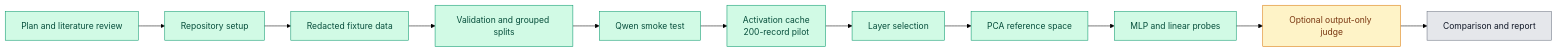
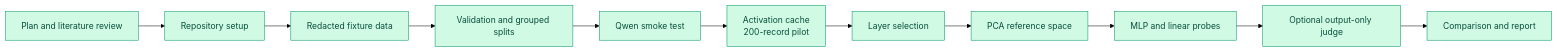
Before and after one commit to Shravani018/escalation-probes: the diagram in README.md, drawn with Mermaid (forest theme). The commit also changed other lines of this file and 21 other files, not shown here.

````diff
--- a/README.md
+++ b/README.md
@@ -11,19 +11,17 @@
 ```mermaid
 flowchart LR
     A[Plan and literature review] --> B[Repository setup]
     B --> C[Redacted fixture data]
     C --> D[Validation and grouped splits]
     D --> E[Qwen smoke test]
     E -->     F[Activation cache<br/>200-record pilot] --> G[Layer selection]
     G --> H[PCA reference space]
-    H --> I[MLP and linear probes]
+    H -->     I[MLP and linear probes]
     I --> J[Optional output-only judge]
     J --> K[Comparison and report]
 
     classDef done fill:#d1fae5,stroke:#059669,color:#064e3b;
     classDef active fill:#fef3c7,stroke:#d97706,color:#78350f;
     classDef next fill:#e5e7eb,stroke:#6b7280,color:#111827;
-    class A,B,C,D,E,F,G,H,I done;
-    class J active;
-    class K next;
+    class A,B,C,D,E,F,G,H,I,J,K done;
 ```
````
